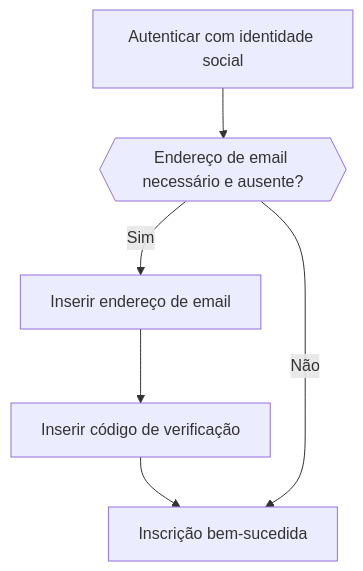
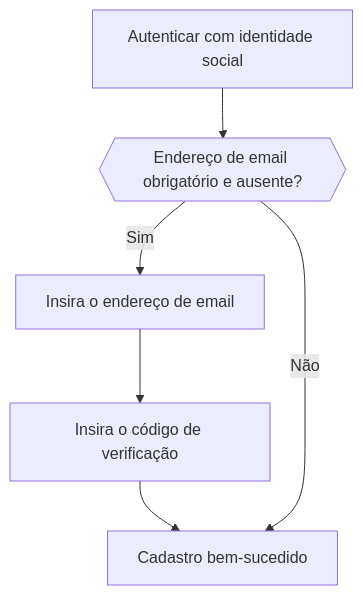
One commit to logto-io/docs changed the fourth of 5 diagrams in i18n/pt-BR/docusaurus-plugin-content-docs/current/end-user-flows/sign-up-and-sign-in/social-sign-in.mdx. Above: the diagram before and after it, drawn with Mermaid. The commit also changed other lines of this file and 428 other files, not shown here.

````diff
--- a/i18n/pt-BR/docusaurus-plugin-content-docs/current/end-user-flows/sign-up-and-sign-in/social-sign-in.mdx
+++ b/i18n/pt-BR/docusaurus-plugin-content-docs/current/end-user-flows/sign-up-and-sign-in/social-sign-in.mdx
@@ -133,8 +136,8 @@
    ```mermaid
    flowchart TD
-      A[Autenticar com identidade social] --> B{{Endereço de email necessário e ausente?}}
-      B -- Sim --> C[Inserir endereço de email]
-      C --> D[Inserir código de verificação]
-      D --> E[Inscrição bem-sucedida]
+      A[Autenticar com identidade social] --> B{{Endereço de email obrigatório e ausente?}}
+      B -- Sim --> C[Insira o endereço de email]
+      C --> D[Insira o código de verificação]
+      D --> E[Cadastro bem-sucedido]
       B -- Não --> E
    ```
````
